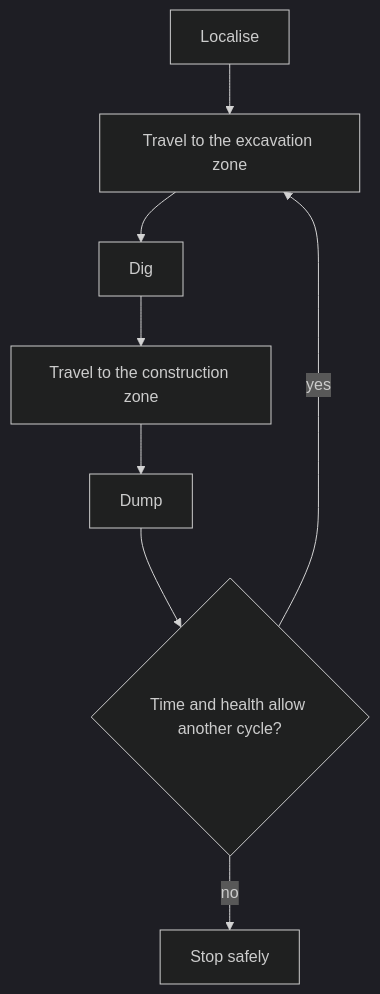
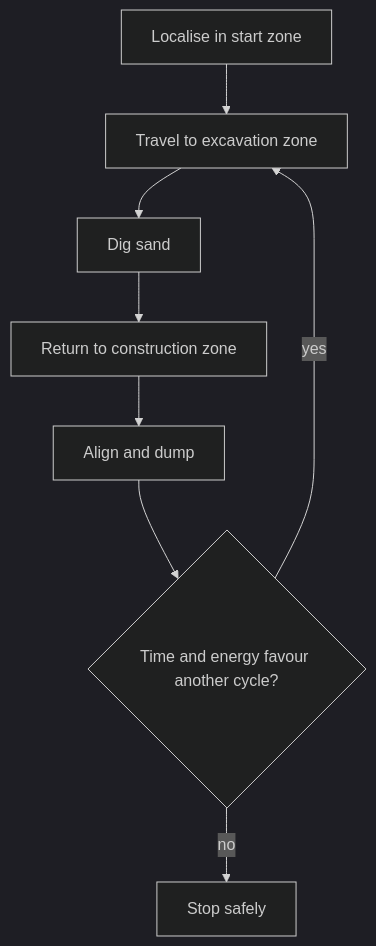
Before and after one commit to InnovaRobotics/innex-1: the diagram in docs/system/navigation-and-mission.md, drawn with Mermaid (dark theme). The commit also changed other lines of this file and 31 other files, not shown here.

````diff
--- a/docs/system/navigation-and-mission.md
+++ b/docs/system/navigation-and-mission.md
@@ -41,10 +32,10 @@
 ```mermaid
 flowchart TD
-    localise["Localise"] --> travel1["Travel to the excavation zone"]
-    travel1 --> dig["Dig"]
-    dig --> travel2["Travel to the construction zone"]
-    travel2 --> dump["Dump"]
-    dump --> decide{"Time and health allow another cycle?"}
+    localise["Localise in start zone"] --> travel1["Travel to excavation zone"]
+    travel1 --> dig["Dig sand"]
+    dig --> travel2["Return to construction zone"]
+    travel2 --> dump["Align and dump"]
+    dump --> decide{"Time and energy favour another cycle?"}
     decide -->|yes| travel1
     decide -->|no| stop["Stop safely"]
 ```
````
